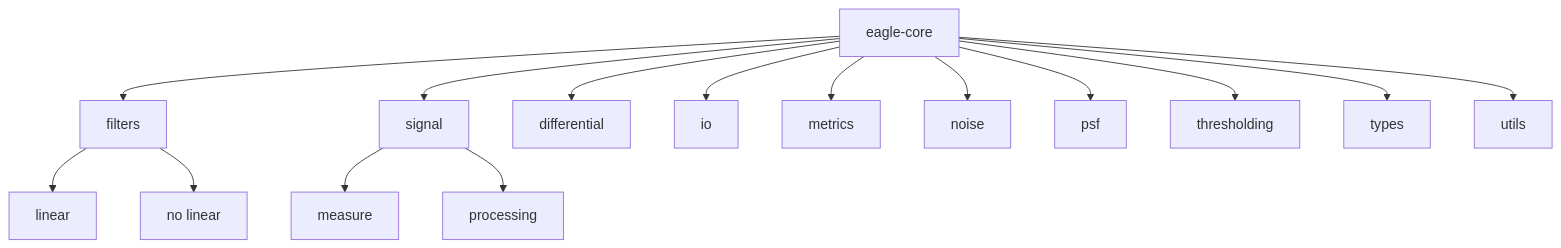
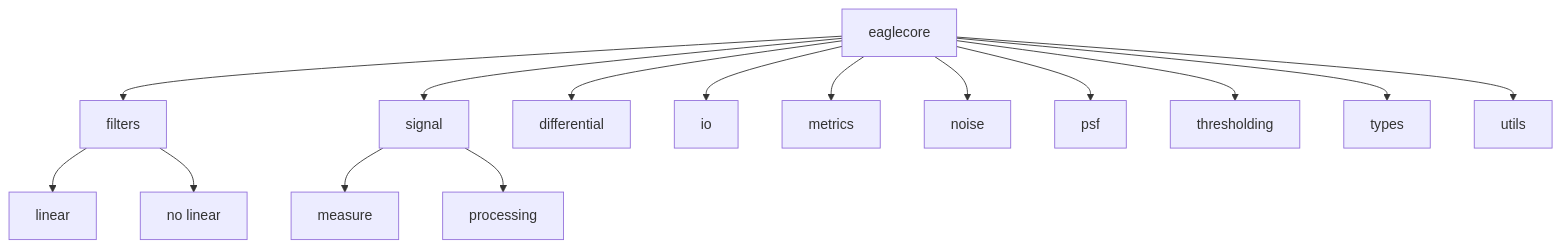
The diagram in docs/README.md (akhaten/eagle-core), drawn with Mermaid before and after one commit. The commit also changed other lines of this file and 2 other files, not shown here.

Commit message:
eagle-core renamed to eaglecore

````diff
--- a/docs/README.md
+++ b/docs/README.md
@@ -18,38 +18,38 @@
 ```mermaid
 flowchart TD
     
-    EagleCore[eagle-core] --> Filters[filters]
+    EagleCore[eaglecore] --> Filters[filters]
     EagleCore --> Signal[signal]
     EagleCore --> Differential[differential]
     EagleCore --> IO[io]
     EagleCore --> Metrics[metrics]
     EagleCore --> Noise[noise]
     EagleCore --> PSF[psf]
     EagleCore --> Thresholding[thresholding]
     EagleCore --> Types[types]
     EagleCore --> Utils[utils]
 
     Filters --> Linear[linear]
     Filters --> NoLinear[no linear]
 
     Signal --> Measure[measure]
     Signal --> Processing[processing]
 
-    click EagleCore "https://akhaten.github.io/eagle-core/Eaglecore/" _blank
+    click EagleCore "https://akhaten.github.io/eaglecore/Eaglecore/" _blank
 
-    click Linear "https://akhaten.github.io/eagle-core/Eaglecore/Filters/Linear" _blank
-    click NoLinear "https://akhaten.github.io/eagle-core/Eaglecore/Filters/NoLinear" _blank
+    click Linear "https://akhaten.github.io/eaglecore/Eaglecore/Filters/Linear" _blank
+    click NoLinear "https://akhaten.github.io/eaglecore/Eaglecore/Filters/NoLinear" _blank
     
-    click Measure "https://akhaten.github.io/eagle-core/Eaglecore/Signal/Measure" _blank
-    click Processing "https://akhaten.github.io/eagle-core/Eaglecore/Signal/Processing" _blank
+    click Measure "https://akhaten.github.io/eaglecore/Eaglecore/Signal/Measure" _blank
+    click Processing "https://akhaten.github.io/eaglecore/Eaglecore/Signal/Processing" _blank
 
-    click Differential "https://akhaten.github.io/eagle-core/Eaglecore/Differential/" _blank
-    click IO "https://akhaten.github.io/eagle-core/Eaglecore/IO/" _blank
-    click Metrics "https://akhaten.github.io/eagle-core/Eaglecore/Metrics/" _blank
-    click Noise "https://akhaten.github.io/eagle-core/Eaglecore/Noise/" _blank
-    click PSF "https://akhaten.github.io/eagle-core/Eaglecore/PSF/" _blank
-    click Thresholding "https://akhaten.github.io/eagle-core/Eaglecore/Thresholding/" _blank
-    click Types "https://akhaten.github.io/eagle-core/Eaglecore/Types/" _blank
-    click Utils "https://akhaten.github.io/eagle-core/Eaglecore/Utils/" _blank
+    click Differential "https://akhaten.github.io/eaglecore/Eaglecore/Differential/" _blank
+    click IO "https://akhaten.github.io/eaglecore/Eaglecore/IO/" _blank
+    click Metrics "https://akhaten.github.io/eaglecore/Eaglecore/Metrics/" _blank
+    click Noise "https://akhaten.github.io/eaglecore/Eaglecore/Noise/" _blank
+    click PSF "https://akhaten.github.io/eaglecore/Eaglecore/PSF/" _blank
+    click Thresholding "https://akhaten.github.io/eaglecore/Eaglecore/Thresholding/" _blank
+    click Types "https://akhaten.github.io/eaglecore/Eaglecore/Types/" _blank
+    click Utils "https://akhaten.github.io/eaglecore/Eaglecore/Utils/" _blank
 
 ```
````
